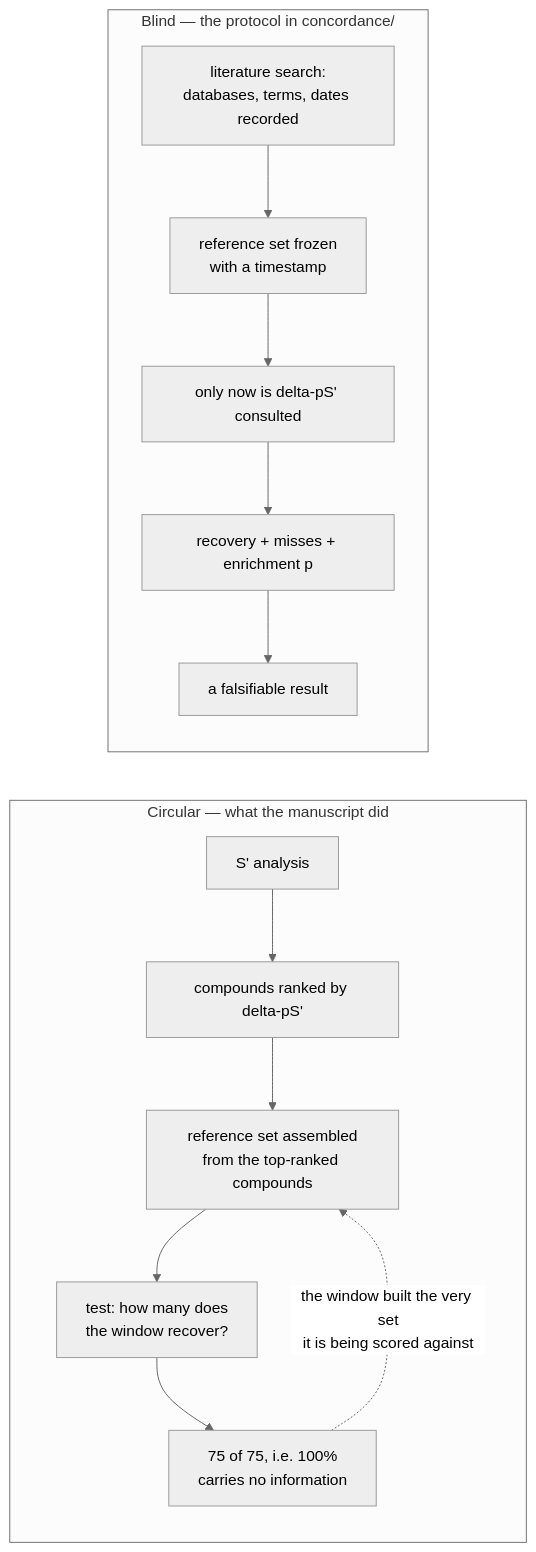
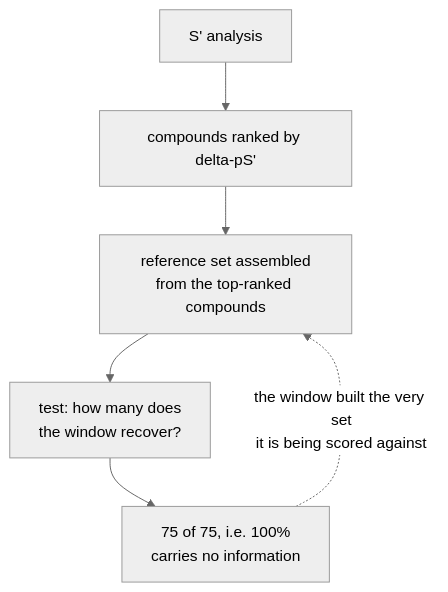
One commit to donbr/sprime-lung-repro changed the second of 3 diagrams in docs/evidence.md. Above: the diagram before and after it, drawn with Mermaid (neutral theme). The commit also changed other lines of this file, not shown here.

````diff
--- a/docs/evidence.md
+++ b/docs/evidence.md
@@ -170,18 +172,8 @@
 ```mermaid
-flowchart LR
-    subgraph circular["Circular — what the manuscript did"]
-        direction TB
-        S1["S' analysis"] --> R1["compounds ranked by delta-pS'"]
-        R1 --> REF1["reference set assembled<br/>from the top-ranked compounds"]
-        REF1 --> T1["test: how many does<br/>the window recover?"]
-        T1 --> O1["75 of 75, i.e. 100%<br/>carries no information"]
-        O1 -.->|"the window built the very set<br/>it is being scored against"| REF1
-    end
-    subgraph blind["Blind — the protocol in concordance/"]
-        direction TB
-        LIT["literature search:<br/>databases, terms, dates recorded"] --> REF2["reference set frozen<br/>with a timestamp"]
-        REF2 --> SEEN["only now is delta-pS' consulted"]
-        SEEN --> T2["recovery + misses + enrichment p"]
-        T2 --> O2["a falsifiable result"]
-    end
+flowchart TD
+    S1["S' analysis"] --> R1["compounds ranked by delta-pS'"]
+    R1 --> REF1["reference set assembled<br/>from the top-ranked compounds"]
+    REF1 --> T1["test: how many does<br/>the window recover?"]
+    T1 --> O1["75 of 75, i.e. 100%<br/>carries no information"]
+    O1 -.->|"the window built the very set<br/>it is being scored against"| REF1
 ```
````
